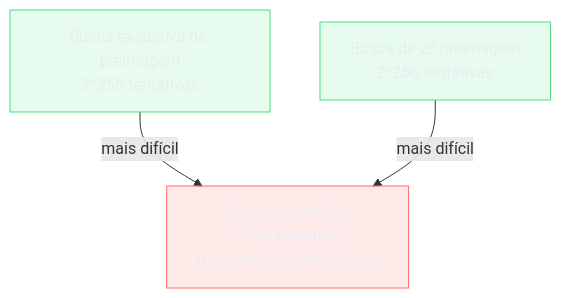
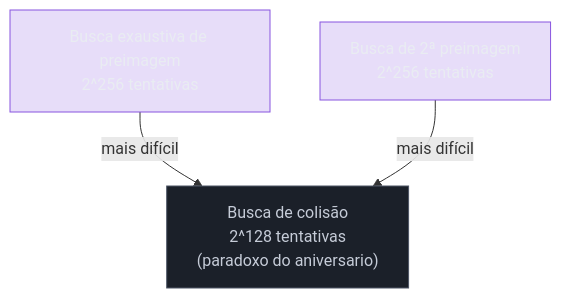
The second of 6 diagrams in 03-Dominios/Engenharia/Segurança/06 - Hashing criptográfico.md (josenaldo/codex-technomanticus), drawn with Mermaid before and after one commit. The commit also changed 601 other files, not shown here.

````diff
--- a/03-Dominios/Engenharia/Segurança/06 - Hashing criptográfico.md
+++ b/03-Dominios/Engenharia/Segurança/06 - Hashing criptográfico.md
@@ -89,11 +89,11 @@
 ```mermaid
 graph TD
-    classDef falha fill:#FF6B6B24,stroke:#FF6B6B,color:#E9ECF2
-    classDef ok fill:#4ADE8021,stroke:#4ADE80,color:#E9ECF2
+    classDef marca fill:#8855DF33,stroke:#8855DF,color:#E9ECF2
+    classDef neutro fill:#1B2029,stroke:#4E5666,color:#C6CCD8
     P["Busca exaustiva de preimagem\n2^256 tentativas"] -->|"mais difícil"| C
     P2["Busca de 2ª preimagem\n2^256 tentativas"] -->|"mais difícil"| C
     C["Busca de colisão\n2^128 tentativas\n(paradoxo do aniversario)"]
-    class C falha
-    class P ok
-    class P2 ok
+    class C neutro
+    class P marca
+    class P2 marca
 ```
````
